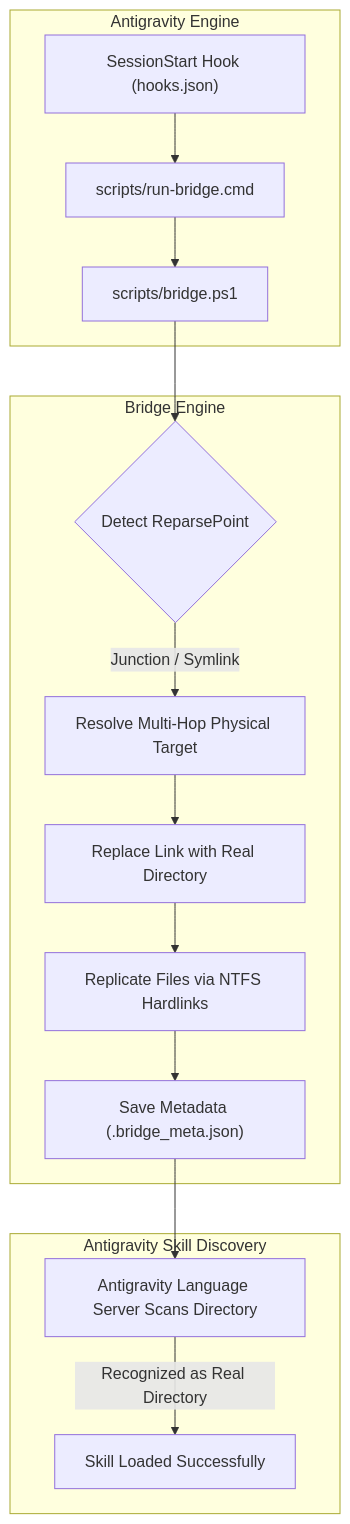
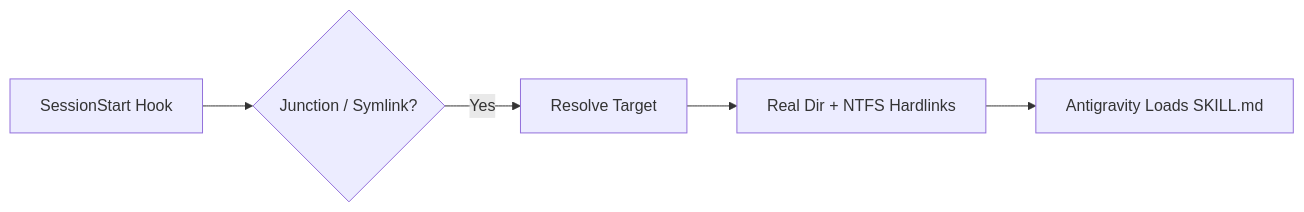
The diagram in README.md (wllzhang/antigravity-junction-skill-fix), drawn with Mermaid before and after one commit. The commit also changed 1 other file, not shown here.

Commit message:
docs: compact Mermaid architecture diagram to horizontal flowchart LR

````diff
--- a/README.md
+++ b/README.md
@@ -29,21 +29,7 @@
 ```mermaid
-flowchart TD
-    subgraph engine ["Antigravity Engine"]
-        A["SessionStart Hook (hooks.json)"] --> B["scripts/run-bridge.cmd"]
-        B --> C["scripts/bridge.ps1"]
-    end
-
-    subgraph bridge ["Bridge Engine"]
-        D{"Detect ReparsePoint"} -->|"Junction / Symlink"| E["Resolve Multi-Hop Physical Target"]
-        E --> F["Replace Link with Real Directory"]
-        F --> G["Replicate Files via NTFS Hardlinks"]
-        G --> H["Save Metadata (.bridge_meta.json)"]
-    end
-
-    subgraph discovery ["Antigravity Skill Discovery"]
-        I["Antigravity Language Server Scans Directory"] -->|"Recognized as Real Directory"| J["Skill Loaded Successfully"]
-    end
-
-    C --> D
-    H --> I
+flowchart LR
+    A["SessionStart Hook"] --> B{"Junction / Symlink?"}
+    B -->|"Yes"| C["Resolve Target"]
+    C --> D["Real Dir + NTFS Hardlinks"]
+    D --> E["Antigravity Loads SKILL.md"]
 ```
````
